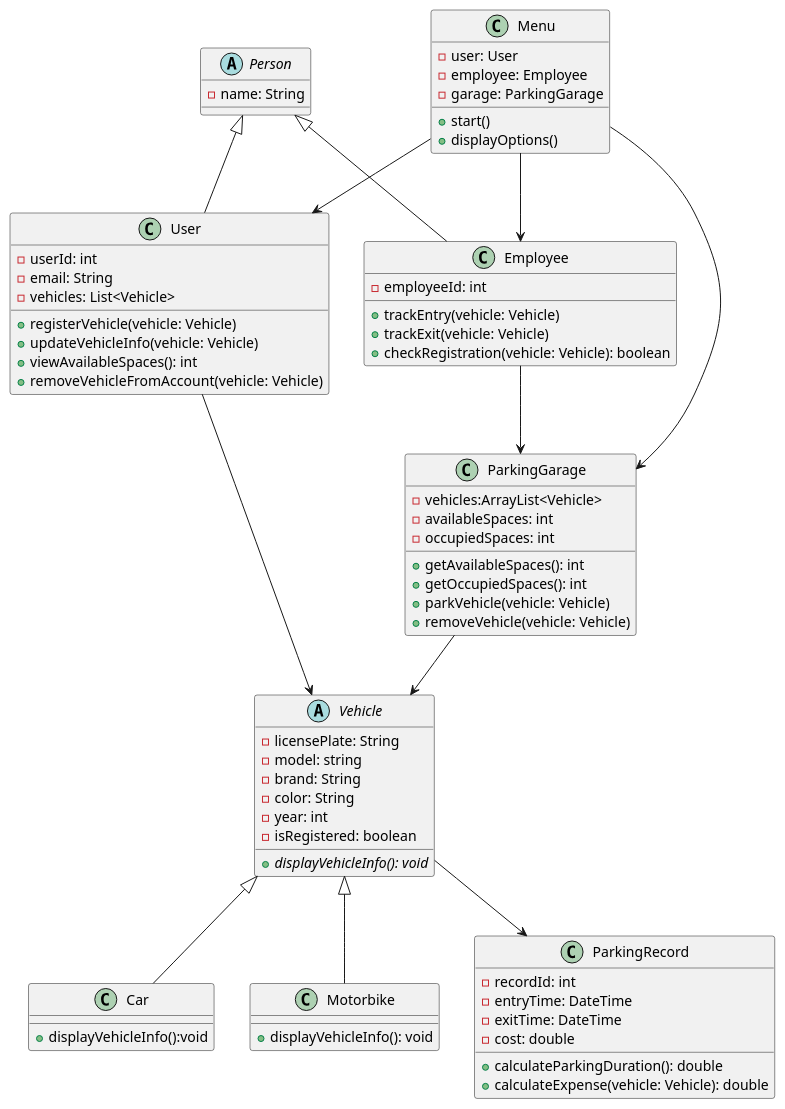
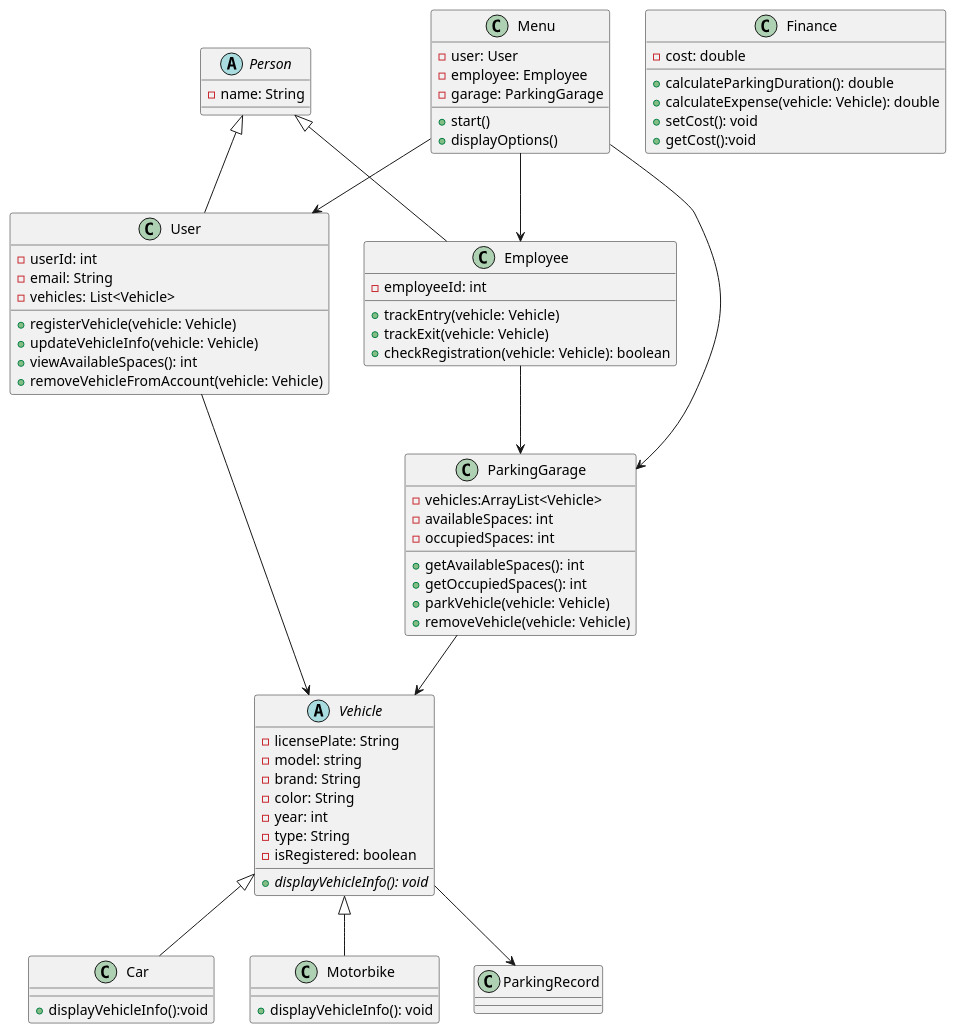
One commit to Bferg2002/Parking-Garage-Management-System changed the diagram in diagram.puml. Above: the diagram before and after it, drawn with PlantUML. The commit also changed 12 other files, not shown here.

```diff
--- a/diagram.puml
+++ b/diagram.puml
@@ -1,85 +1,84 @@
 @startuml
 abstract class Person {
   - name: String
 }
 
 class Menu {
   - user: User
   - employee: Employee
   - garage: ParkingGarage
   + start()
   + displayOptions()
 }
 
 class User {
   - userId: int
   - email: String
   - vehicles: List<Vehicle>
   + registerVehicle(vehicle: Vehicle)
   + updateVehicleInfo(vehicle: Vehicle)
   + viewAvailableSpaces(): int
   + removeVehicleFromAccount(vehicle: Vehicle)
 }
 
 class Employee {
   - employeeId: int
   + trackEntry(vehicle: Vehicle)
   + trackExit(vehicle: Vehicle)
   + checkRegistration(vehicle: Vehicle): boolean
 }
 
 abstract class Vehicle {
   - licensePlate: String
   - model: string
   - brand: String
   - color: String
   - year: int
+  - type: String
   - isRegistered: boolean
   + displayVehicleInfo(): void {abstract}
 }
 
 class Car extends Vehicle{
     + displayVehicleInfo():void
 }
 
 class Motorbike extends Vehicle{
     + displayVehicleInfo(): void
 }
 
 
 class ParkingGarage {
   - vehicles:ArrayList<Vehicle>
   - availableSpaces: int
   - occupiedSpaces: int
   + getAvailableSpaces(): int
   + getOccupiedSpaces(): int
   + parkVehicle(vehicle: Vehicle)
   + removeVehicle(vehicle: Vehicle)
 }
 
-class ParkingRecord {
-  - recordId: int
-  - entryTime: DateTime
-  - exitTime: DateTime
+class Finance {
   - cost: double
   + calculateParkingDuration(): double
   + calculateExpense(vehicle: Vehicle): double
-
+  + setCost(): void
+  +getCost():void
 }
 
 ' Inheritance
 Person <|-- User
 Person <|-- Employee
 
 ' main.java.MainMenu.Menu connects to the three active actors
 Menu --> User
 Menu --> Employee
 Menu --> ParkingGarage
 
 ' Original relationships
 User --> Vehicle
 Employee --> ParkingGarage
 ParkingGarage --> Vehicle
 Vehicle --> ParkingRecord
 
 @enduml
```
